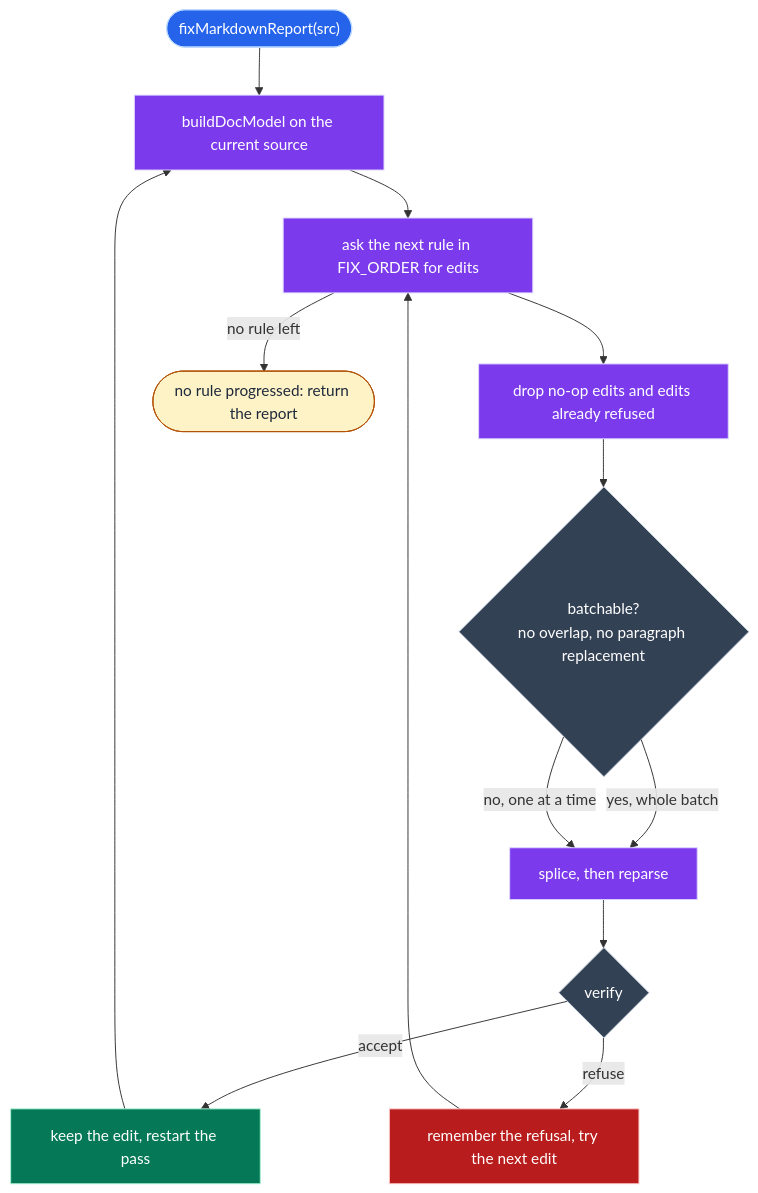
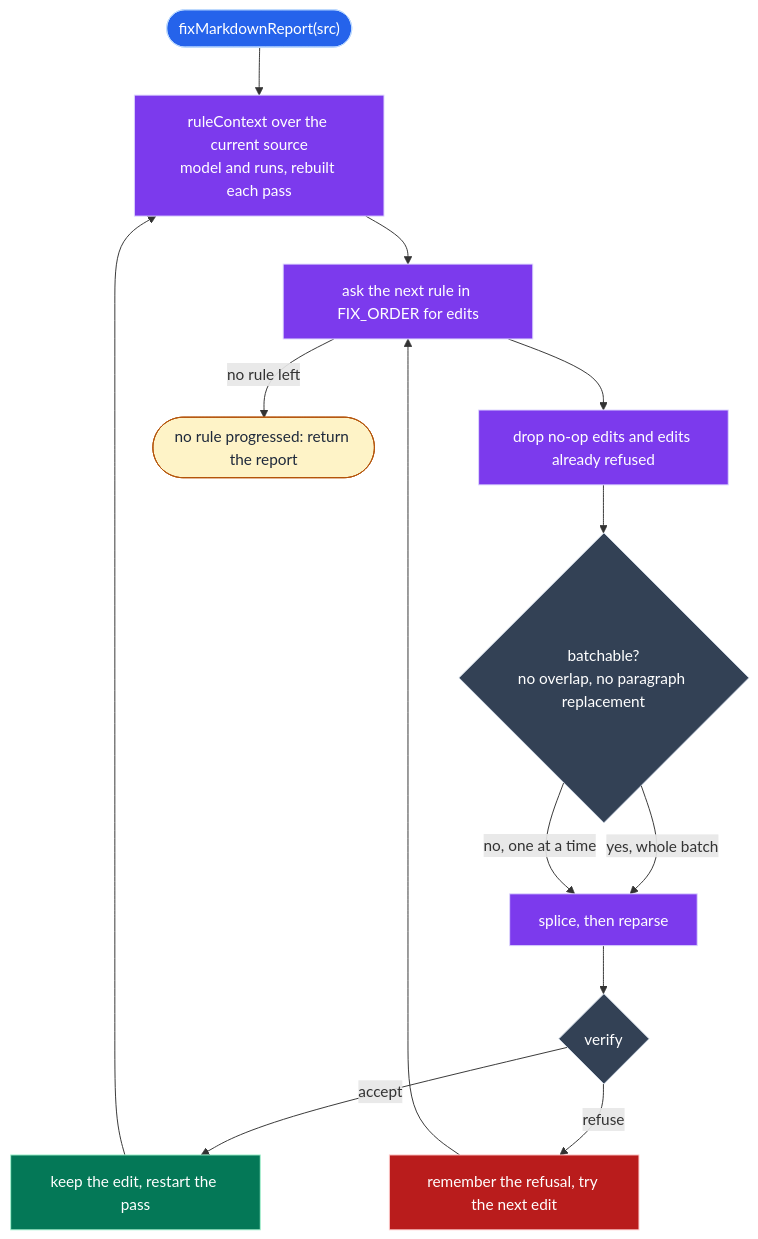
The fifth of 8 diagrams in docs/DATA_MODEL.md (jpeakai/jpai-prose-gates), drawn with Mermaid before and after one commit. The commit also changed other lines of this file and 28 other files, not shown here.

First line of the commit message:
refactor: give every rule one shape and one shared context

````diff
--- a/docs/DATA_MODEL.md
+++ b/docs/DATA_MODEL.md
@@ -281,28 +286,28 @@
 ```mermaid
 flowchart TB
     START(["fixMarkdownReport(src)"]):::source
-    BUILD["buildDocModel on the current source"]:::build
+    BUILD["ruleContext over the current source<br/>model and runs, rebuilt each pass"]:::build
     ASK["ask the next rule in FIX_ORDER for edits"]:::build
     FILTER["drop no-op edits and edits already refused"]:::build
     BATCH{"batchable?<br/>no overlap, no paragraph replacement"}:::decide
     SPLICE["splice, then reparse"]:::build
     VERIFY{"verify"}:::decide
     ACCEPT["keep the edit, restart the pass"]:::ok
     REFUSE["remember the refusal, try the next edit"]:::bad
     DONE(["no rule progressed: return the report"]):::out
 
     START --> BUILD --> ASK --> FILTER --> BATCH
     BATCH -- "yes, whole batch" --> SPLICE
     BATCH -- "no, one at a time" --> SPLICE
     SPLICE --> VERIFY
     VERIFY -- "accept" --> ACCEPT --> BUILD
     VERIFY -- "refuse" --> REFUSE --> ASK
     ASK -- "no rule left" --> DONE
 
     classDef source fill:#2563eb,stroke:#bfdbfe,color:#ffffff
     classDef build  fill:#7c3aed,stroke:#ddd6fe,color:#ffffff
     classDef decide fill:#334155,stroke:#cbd5e1,color:#ffffff
     classDef ok     fill:#047857,stroke:#a7f3d0,color:#ffffff
     classDef bad    fill:#b91c1c,stroke:#fecaca,color:#ffffff
     classDef out    fill:#fef3c7,stroke:#b45309,color:#1e293b
 ```
````
